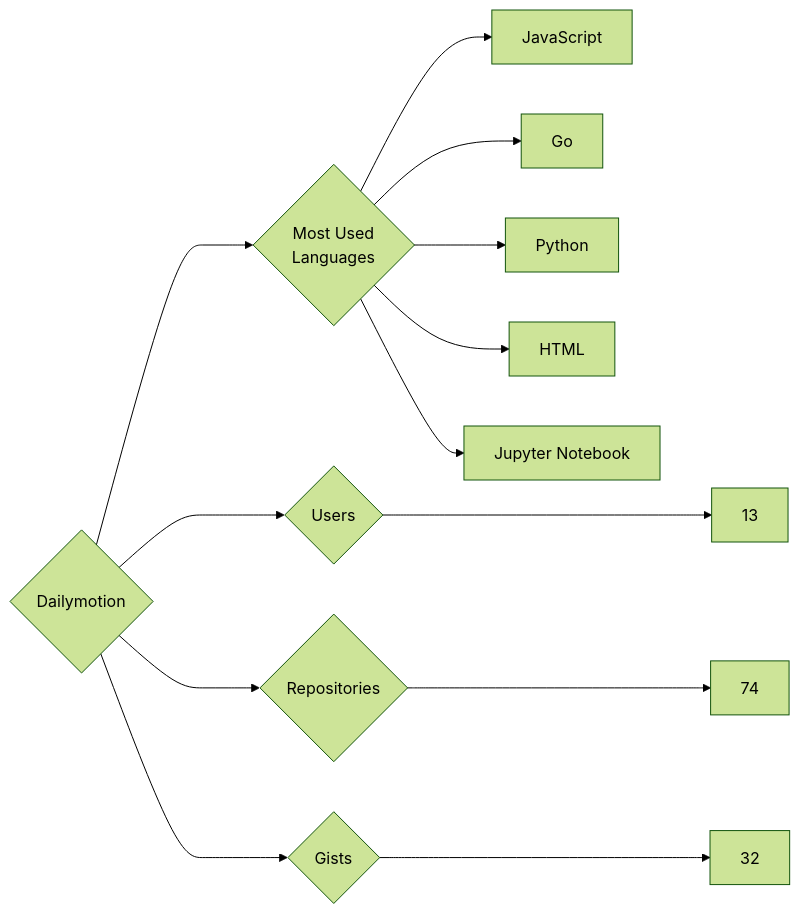
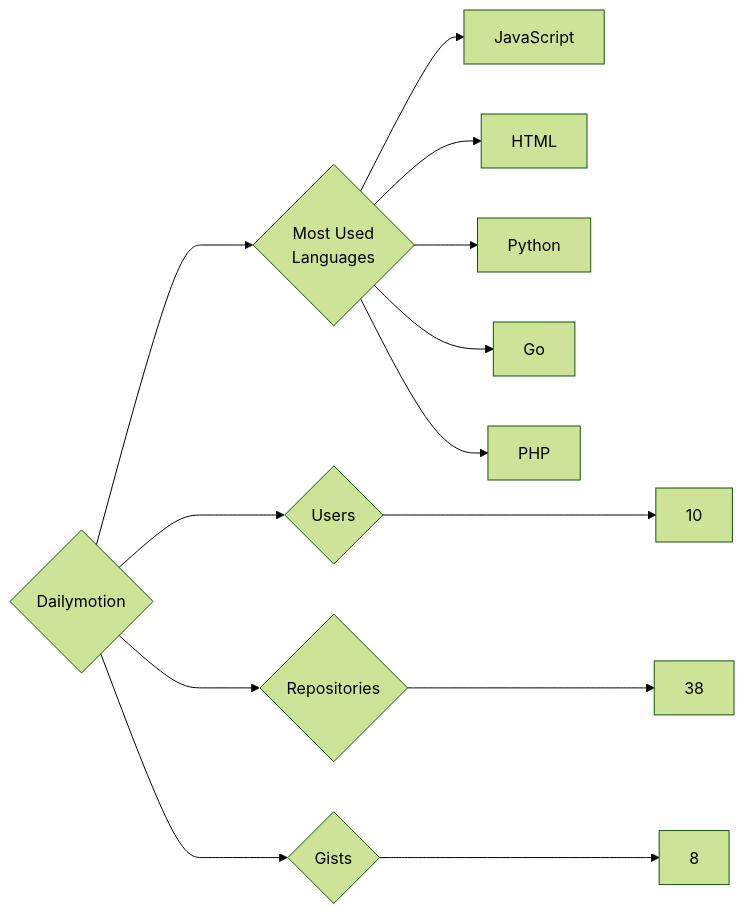
Before and after one commit to trickest/insiders: the diagram in targets/Dailymotion/README.md, drawn with Mermaid (forest theme). The commit also changed 777 other files, not shown here.

````diff
--- a/targets/Dailymotion/README.md
+++ b/targets/Dailymotion/README.md
@@ -3,13 +3,13 @@
 ```mermaid
 graph LR
 COMPANY_NAME{Dailymotion}
-COMPANY_NAME ---> U{Users} ---> UN[13]
-COMPANY_NAME ---> R{Repositories} ---> RN[74]
-COMPANY_NAME ---> G{Gists} ---> GN[32]
+COMPANY_NAME ---> U{Users} ---> UN[10]
+COMPANY_NAME ---> R{Repositories} ---> RN[38]
+COMPANY_NAME ---> G{Gists} ---> GN[8]
 COMPANY_NAME ---> ML{Most Used<br>Languages}
 ML --> JavaScript[JavaScript]
+ML --> HTML[HTML]
+ML --> Python[Python]
 ML --> Go[Go]
-ML --> Python[Python]
-ML --> HTML[HTML]
-ML --> Jupyter_Notebook[Jupyter Notebook]
+ML --> PHP[PHP]
 ```
````
